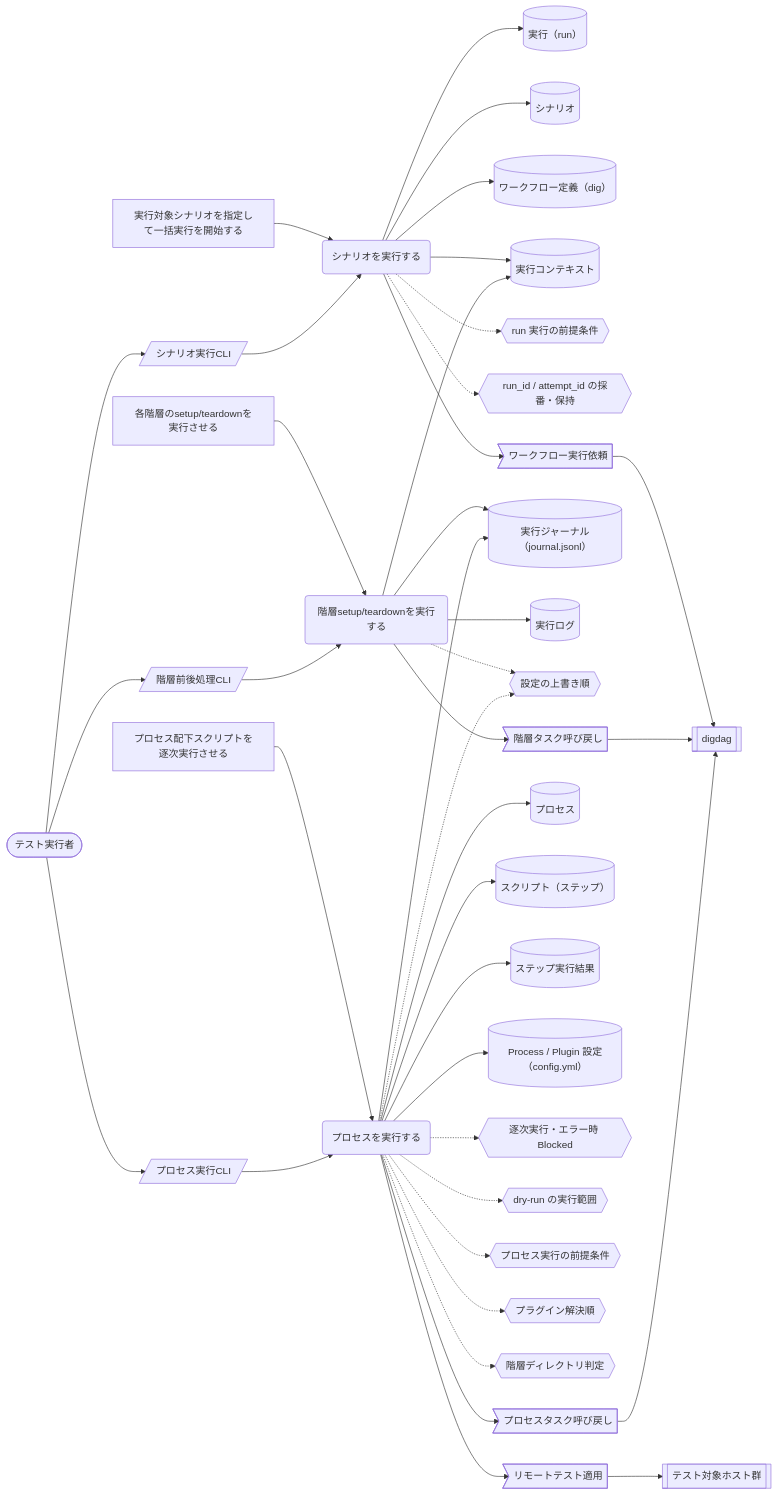
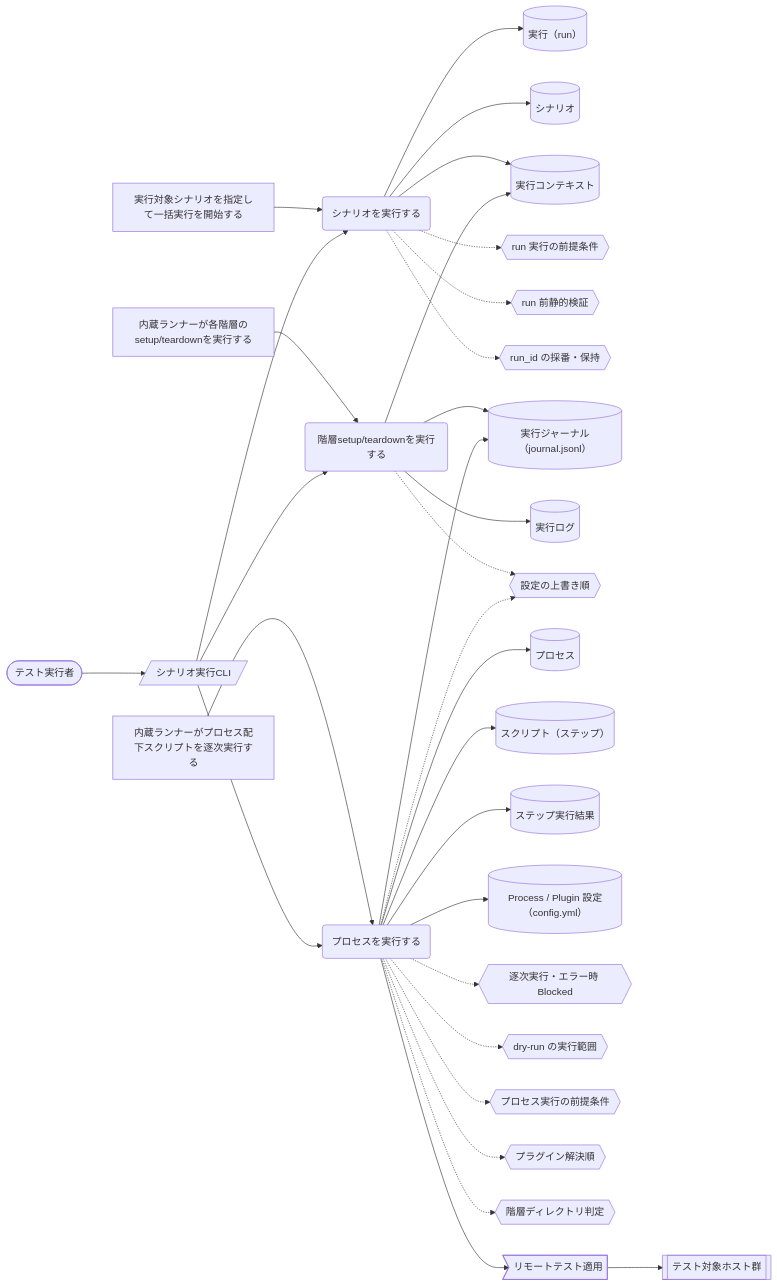
The sixth of 7 diagrams in docs/rdra/latest/views/04_UC複合図.md (scenario-test-framework/stfw), drawn with Mermaid before and after one commit. The commit also changed other lines of this file and 22 other files, not shown here.

First line of the commit message:
docs(requirements): v1.0 リアーキテクティングを USDM/RDRA に反映 (event: 20260708_084933_v1_rearchitecting)

````diff
--- a/docs/rdra/latest/views/04_UC複合図.md
+++ b/docs/rdra/latest/views/04_UC複合図.md
@@ -295,75 +223,61 @@
 ```mermaid
 graph LR
   UC1("シナリオを実行する")
   AT1["実行対象シナリオを指定して一括実行を開始する"]
   IF1[("実行（run）")]
   IF2[("シナリオ")]
-  IF3[("ワークフロー定義（dig）")]
-  IF4[("実行コンテキスト")]
+  IF3[("実行コンテキスト")]
   CD1{{"run 実行の前提条件"}}
-  CD2{{"run_id / attempt_id の採番・保持"}}
+  CD2{{"run 前静的検証"}}
+  CD3{{"run_id の採番・保持"}}
   SC1[/"シナリオ実行CLI"/]
   AC1(["テスト実行者"])
-  EV1>"ワークフロー実行依頼"]
-  EX1[["digdag"]]
   UC2("階層setup/teardownを実行する")
-  AT2["各階層のsetup/teardownを実行させる"]
-  IF5[("実行ジャーナル（journal.jsonl）")]
-  IF6[("実行ログ")]
-  CD3{{"設定の上書き順"}}
-  SC2[/"階層前後処理CLI"/]
-  EV2>"階層タスク呼び戻し"]
+  AT2["内蔵ランナーが各階層のsetup/teardownを実行する"]
+  IF4[("実行ジャーナル（journal.jsonl）")]
+  IF5[("実行ログ")]
+  CD4{{"設定の上書き順"}}
   UC3("プロセスを実行する")
-  AT3["プロセス配下スクリプトを逐次実行させる"]
-  IF7[("プロセス")]
-  IF8[("スクリプト（ステップ）")]
-  IF9[("ステップ実行結果")]
-  IF10[("Process / Plugin 設定（config.yml）")]
-  CD4{{"逐次実行・エラー時 Blocked"}}
-  CD5{{"dry-run の実行範囲"}}
-  CD6{{"プロセス実行の前提条件"}}
-  CD7{{"プラグイン解決順"}}
-  CD8{{"階層ディレクトリ判定"}}
-  SC3[/"プロセス実行CLI"/]
-  EV3>"プロセスタスク呼び戻し"]
-  EV4>"リモートテスト適用"]
-  EX2[["テスト対象ホスト群"]]
+  AT3["内蔵ランナーがプロセス配下スクリプトを逐次実行する"]
+  IF6[("プロセス")]
+  IF7[("スクリプト（ステップ）")]
+  IF8[("ステップ実行結果")]
+  IF9[("Process / Plugin 設定（config.yml）")]
+  CD5{{"逐次実行・エラー時 Blocked"}}
+  CD6{{"dry-run の実行範囲"}}
+  CD7{{"プロセス実行の前提条件"}}
+  CD8{{"プラグイン解決順"}}
+  CD9{{"階層ディレクトリ判定"}}
+  EV1>"リモートテスト適用"]
+  EX1[["テスト対象ホスト群"]]
   AT1 --> UC1
   UC1 --> IF1
   UC1 --> IF2
   UC1 --> IF3
-  UC1 --> IF4
   UC1 -.-> CD1
   UC1 -.-> CD2
+  UC1 -.-> CD3
   AC1 --> SC1
   SC1 --> UC1
-  UC1 --> EV1
-  EV1 --> EX1
   AT2 --> UC2
+  UC2 --> IF3
   UC2 --> IF4
   UC2 --> IF5
-  UC2 --> IF6
-  UC2 -.-> CD3
-  AC1 --> SC2
-  SC2 --> UC2
-  UC2 --> EV2
-  EV2 --> EX1
+  UC2 -.-> CD4
+  SC1 --> UC2
   AT3 --> UC3
+  UC3 --> IF6
   UC3 --> IF7
   UC3 --> IF8
   UC3 --> IF9
-  UC3 --> IF10
-  UC3 --> IF5
-  UC3 -.-> CD4
+  UC3 --> IF4
   UC3 -.-> CD5
   UC3 -.-> CD6
-  UC3 -.-> CD3
   UC3 -.-> CD7
+  UC3 -.-> CD4
   UC3 -.-> CD8
-  AC1 --> SC3
-  SC3 --> UC3
-  UC3 --> EV3
-  EV3 --> EX1
-  UC3 --> EV4
-  EV4 --> EX2
+  UC3 -.-> CD9
+  SC1 --> UC3
+  UC3 --> EV1
+  EV1 --> EX1
 ```
````
